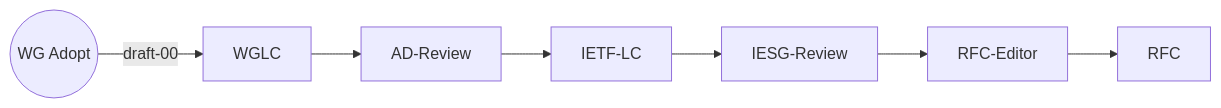
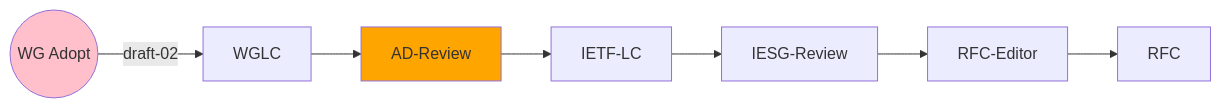
The seventh of 8 diagrams in index.md (ietf-wg-httpapi/ietf-wg-httpapi.github.io), drawn with Mermaid before and after one commit. The commit also changed other lines of this file, not shown here.

Commit message:
Updated progress graphs for IETF 116

````diff
--- a/index.md
+++ b/index.md
@@ -88,9 +119,14 @@
 ```mermaid
 graph LR
-    WG-Adopt((WG Adopt)) --draft-00--> WGLC
+    classDef current fill:orange
+    classDef lastIETF fill:pink
+
+    WG-Adopt((WG Adopt)) --draft-02--> WGLC
+    class WG-Adopt lastIETF
     WGLC --> AD-Review
+    class AD-Review current
     AD-Review --> IETF-LC
     IETF-LC --> IESG-Review
     IESG-Review --> RFC-Editor
     RFC-Editor --> RFC    
 ```
````
